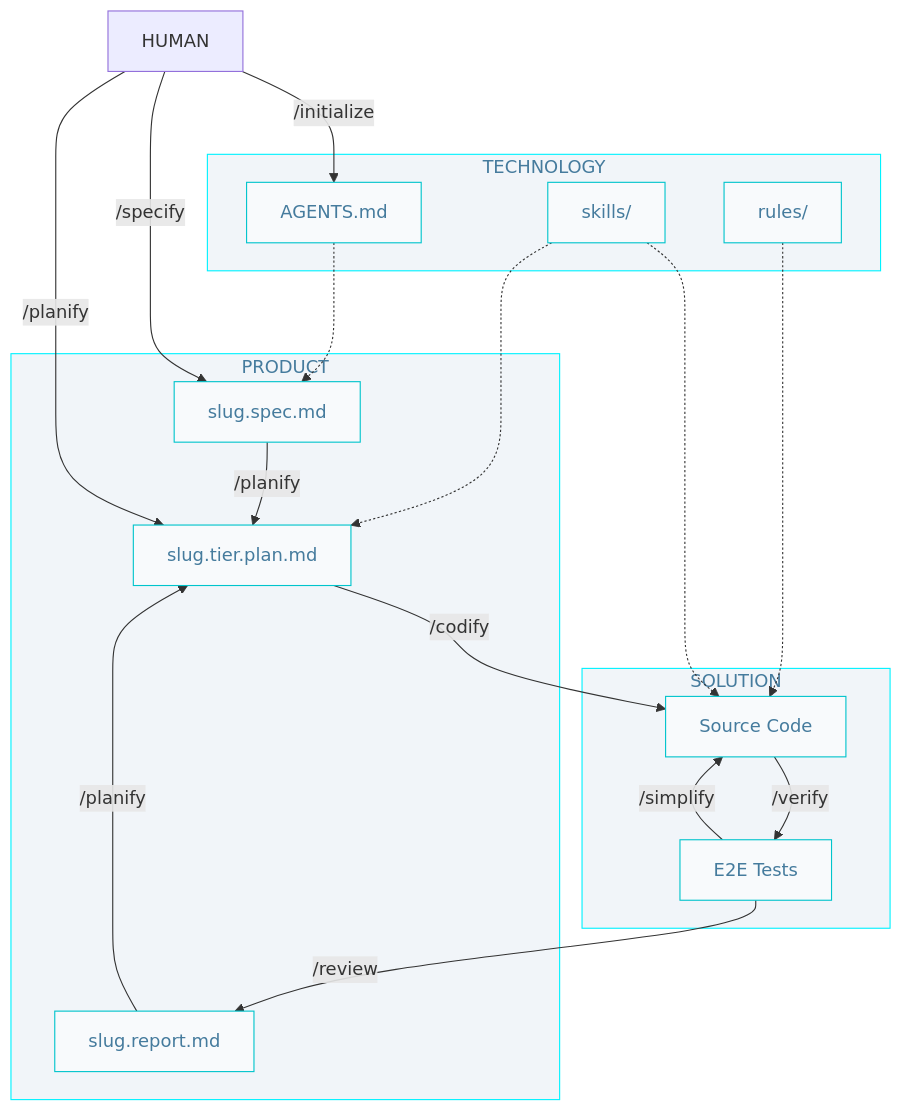
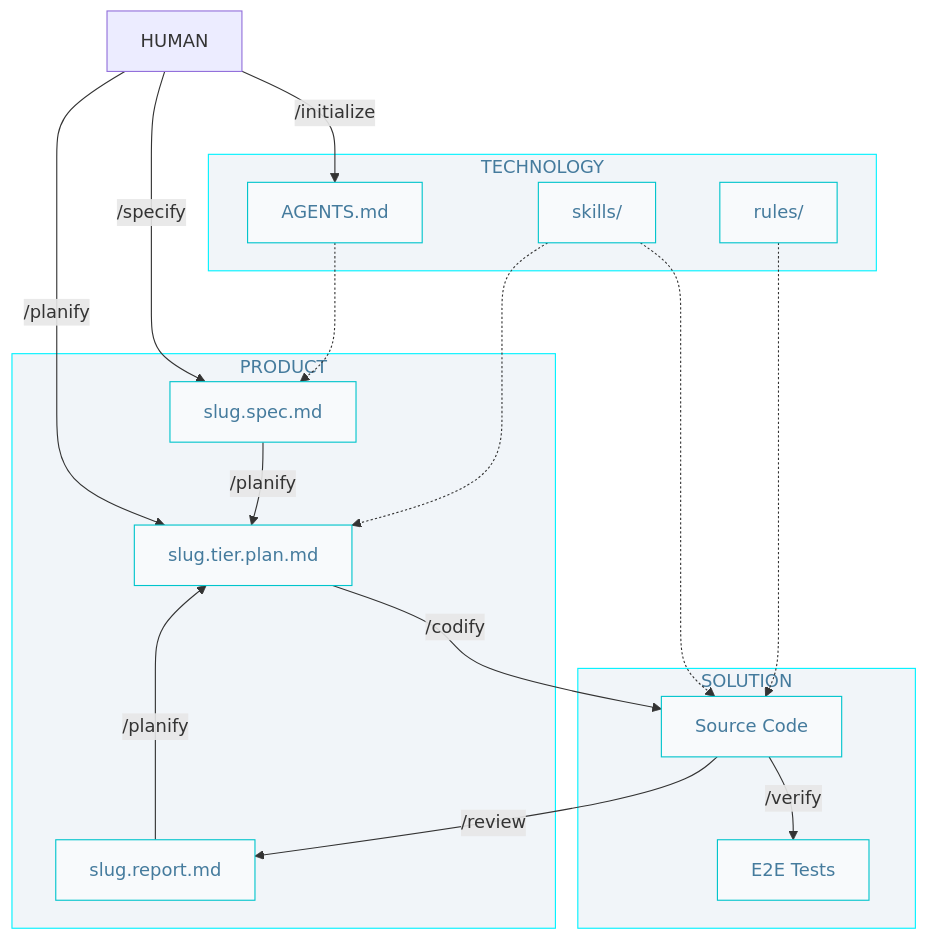
The diagram in docs/AIDD.workflow.md (AIDDbot/AIDDbot), drawn with Mermaid before and after one commit. The commit also changed 1 other file, not shown here.

Commit message:
fix: update design skill description and clarify implementation steps fix: streamline workflow by removing redundant review step after codify

````diff
--- a/docs/AIDD.workflow.md
+++ b/docs/AIDD.workflow.md
@@ -3,39 +3,38 @@
 ```mermaid
 flowchart TD
   classDef nd fill:#f8fafc,stroke:#00c4cc,color:#457b9d
   classDef sg fill:#f1f5f9,stroke:#00f2ff,color:#457b9d 
 
   HUM[HUMAN]
 
   subgraph P["PRODUCT"]
       SPC["slug.spec.md"]:::nd
       PLN["slug.tier.plan.md"]:::nd
       RPT["slug.report.md"]:::nd
   end
 
   subgraph T["TECHNOLOGY"]
       AGT["AGENTS.md"]:::nd
       SKL["skills/"]:::nd
       RUL["rules/"]:::nd
   end  
 
   subgraph S["SOLUTION"]
       COD[Source Code]:::nd
       E2E["E2E Tests"]:::nd
   end
 
   HUM -->|/initialize| AGT
   HUM -->|/specify| SPC
   HUM -->|/planify| PLN
   RPT -->|/planify| PLN
   AGT -.-> SPC  
   SKL & RUL -.-> COD  
   SKL -.-> PLN
   SPC -->|/planify| PLN
   PLN -->|/codify| COD
   COD -->|/verify| E2E
-  E2E -->|/simplify| COD
-  E2E -->|/review| RPT
+  COD -->|/review| RPT
 
   class P,T,S sg
 ```
````
